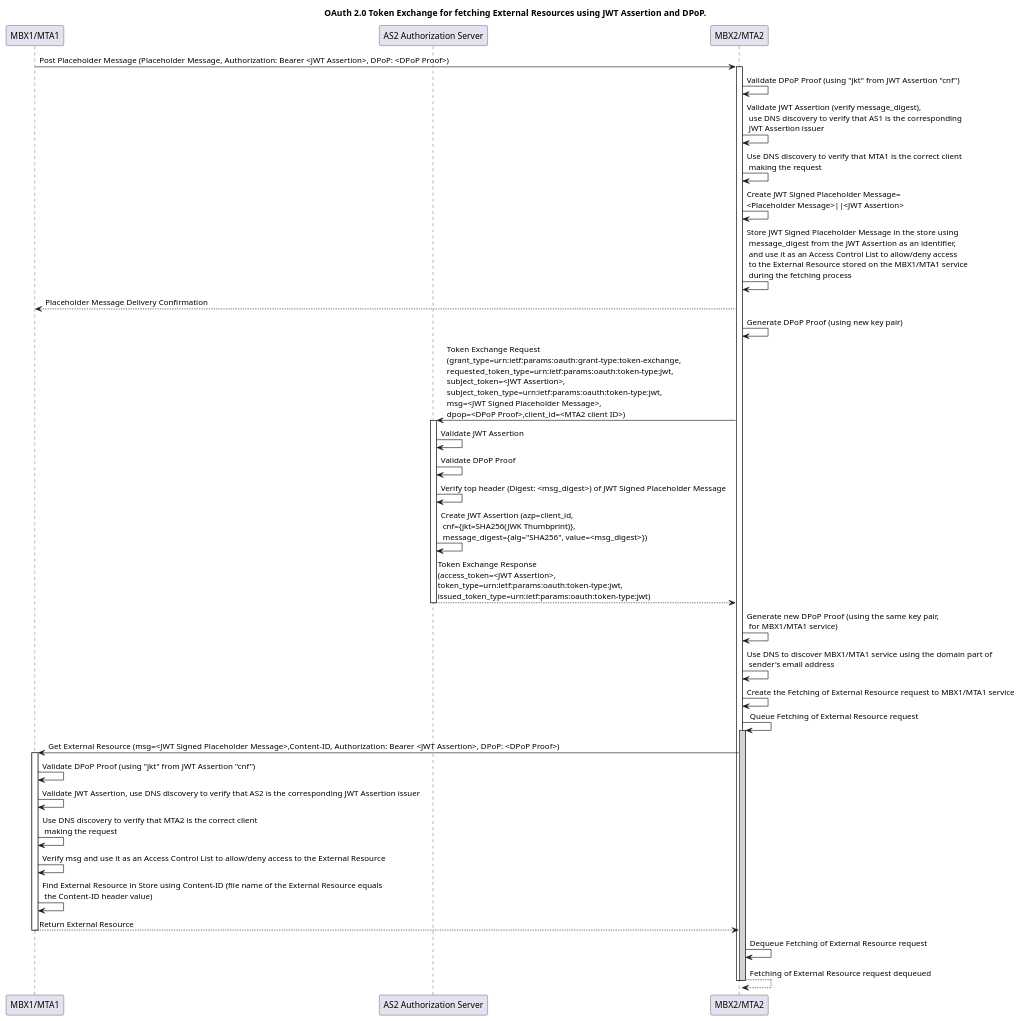
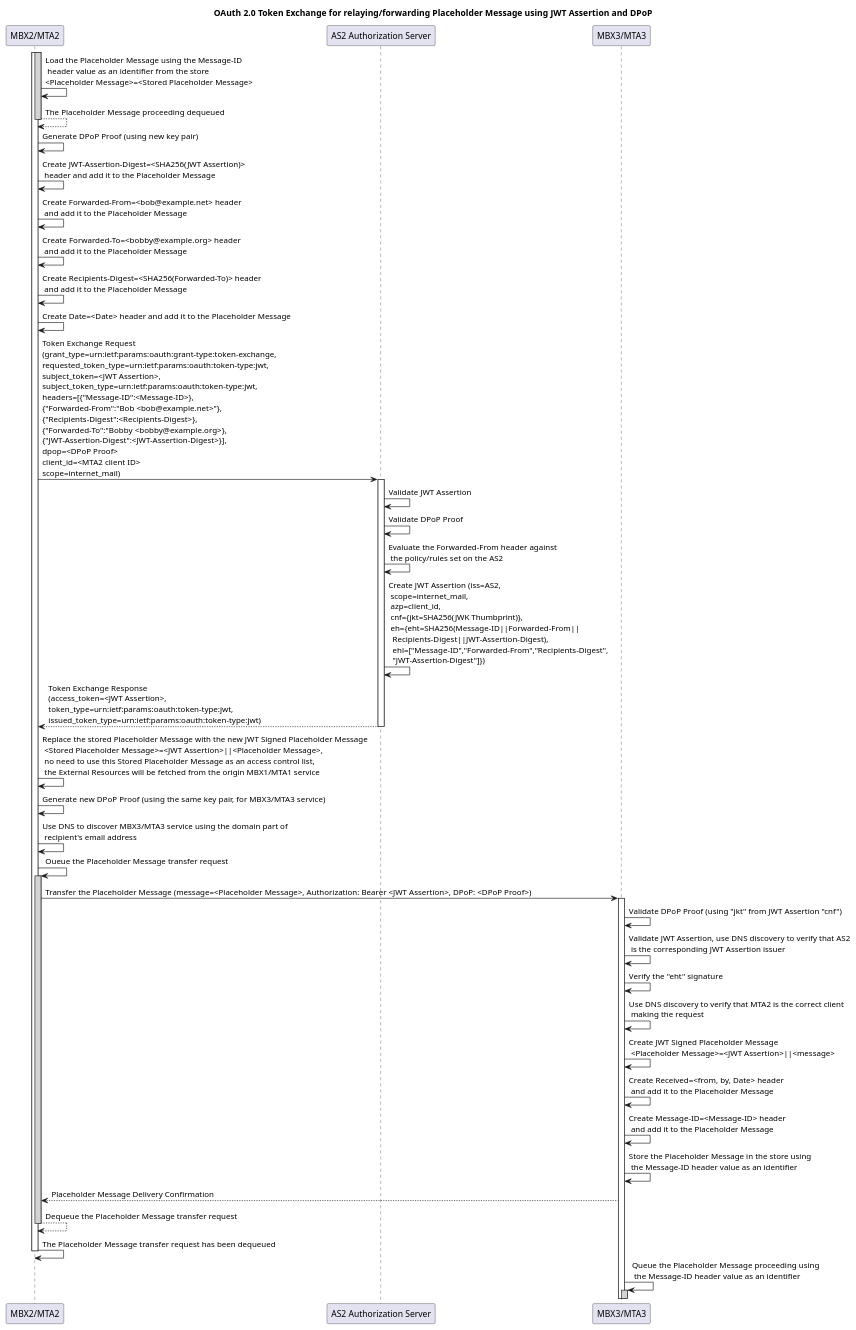
Before and after one commit to federizer/federizer: the third of 4 diagrams in docs/DESCRIPTION.md, drawn with PlantUML. The commit also changed other lines of this file and 2 other files, not shown here.

````diff
--- a/docs/DESCRIPTION.md
+++ b/docs/DESCRIPTION.md
@@ -380,55 +477,66 @@
 ```plantuml
 @startuml
-title OAuth 2.0 Token Exchange for fetching External Resources using JWT Assertion and DPoP.
-participant "MBX1/MTA1" as Entity1
+title OAuth 2.0 Token Exchange for relaying/forwarding Placeholder Message using JWT Assertion and DPoP
+participant "MBX2/MTA2" as Entity2
 participant "AS2 Authorization Server" as AuthServer
-participant "MBX2/MTA2" as Entity2
+participant "MBX3/MTA3" as Entity3
 
-Entity1 -> Entity2: Post Placeholder Message (Placeholder Message, Authorization: Bearer <JWT Assertion>, DPoP: <DPoP Proof>)
 activate Entity2
-
-Entity2 -> Entity2: Validate DPoP Proof (using "jkt" from JWT Assertion "cnf")
-Entity2 -> Entity2: Validate JWT Assertion (verify message_digest),\n use DNS discovery to verify that AS1 is the corresponding\n JWT Assertion issuer
-Entity2 -> Entity2: Use DNS discovery to verify that MTA1 is the correct client\n making the request
-Entity2 -> Entity2: Create JWT Signed Placeholder Message=\n<Placeholder Message>||<JWT Assertion>
-Entity2 -> Entity2: Store JWT Signed Placeholder Message in the store using\n message_digest from the JWT Assertion as an identifier,\n and use it as an Access Control List to allow/deny access\n to the External Resource stored on the MBX1/MTA1 service\n during the fetching process
-Entity2 --> Entity1: Placeholder Message Delivery Confirmation
+activate Entity2 #LightGray
+Entity2 -> Entity2: Load the Placeholder Message using the Message-ID\n header value as an identifier from the store\n<Placeholder Message>=<Stored Placeholder Message>
+Entity2 --> Entity2: The Placeholder Message proceeding dequeued
+deactivate Entity2
 
 Entity2 -> Entity2: Generate DPoP Proof (using new key pair)
+Entity2 -> Entity2: Create JWT-Assertion-Digest=<SHA256(JWT Assertion)>\n header and add it to the Placeholder Message
+Entity2 -> Entity2: Create Forwarded-From=<bob@example.net> header\n and add it to the Placeholder Message
+Entity2 -> Entity2: Create Forwarded-To=<bobby@example.org> header\n and add it to the Placeholder Message
+Entity2 -> Entity2: Create Recipients-Digest=<SHA256(Forwarded-To)> header\n and add it to the Placeholder Message
+Entity2 -> Entity2: Create Date=<Date> header and add it to the Placeholder Message
 
-Entity2 -> AuthServer: Token Exchange Request\n(grant_type=urn:ietf:params:oauth:grant-type:token-exchange,\nrequested_token_type=urn:ietf:params:oauth:token-type:jwt,\nsubject_token=<JWT Assertion>,\nsubject_token_type=urn:ietf:params:oauth:token-type:jwt,\nmsg=<JWT Signed Placeholder Message>,\ndpop=<DPoP Proof>,client_id=<MTA2 client ID>)
+Entity2 -> AuthServer: Token Exchange Request\n(grant_type=urn:ietf:params:oauth:grant-type:token-exchange,\nrequested_token_type=urn:ietf:params:oauth:token-type:jwt,\nsubject_token=<JWT Assertion>,\nsubject_token_type=urn:ietf:params:oauth:token-type:jwt,\nheaders=[{"Message-ID":<Message-ID>},\n{"Forwarded-From":"Bob <bob@example.net>"},\n{"Recipients-Digest":<Recipients-Digest>},\n{"Forwarded-To":"Bobby <bobby@example.org>},\n{"JWT-Assertion-Digest":<JWT-Assertion-Digest>}],\ndpop=<DPoP Proof>\nclient_id=<MTA2 client ID>\nscope=internet_mail)
 activate AuthServer
 
 AuthServer -> AuthServer: Validate JWT Assertion
 AuthServer -> AuthServer: Validate DPoP Proof
-AuthServer -> AuthServer: Verify top header (Digest: <msg_digest>) of JWT Signed Placeholder Message
-AuthServer -> AuthServer: Create JWT Assertion (azp=client_id,\n cnf={jkt=SHA256(JWK Thumbprint)},\n message_digest={alg="SHA256", value=<msg_digest>})
+AuthServer -> AuthServer: Evaluate the Forwarded-From header against\n the policy/rules set on the AS2
+AuthServer -> AuthServer: Create JWT Assertion (iss=AS2,\n scope=internet_mail,\n azp=client_id,\n cnf={jkt=SHA256(JWK Thumbprint)},\n eh={eht=SHA256(Message-ID||Forwarded-From||\n  Recipients-Digest||JWT-Assertion-Digest),\n  ehl=["Message-ID","Forwarded-From","Recipients-Digest",\n  "JWT-Assertion-Digest"]})
 
 AuthServer --> Entity2: Token Exchange Response\n(access_token=<JWT Assertion>,\ntoken_type=urn:ietf:params:oauth:token-type:jwt,\nissued_token_type=urn:ietf:params:oauth:token-type:jwt)
 deactivate AuthServer
 
-Entity2 -> Entity2: Generate new DPoP Proof (using the same key pair,\n for MBX1/MTA1 service)
+Entity2 -> Entity2: Replace the stored Placeholder Message with the new JWT Signed Placeholder Message\n <Stored Placeholder Message>=<JWT Assertion>||<Placeholder Message>,\n no need to use this Stored Placeholder Message as an access control list,\n the External Resources will be fetched from the origin MBX1/MTA1 service
 
-Entity2 -> Entity2: Use DNS to discover MBX1/MTA1 service using the domain part of\n sender's email address
-Entity2 -> Entity2: Create the Fetching of External Resource request to MBX1/MTA1 service
-Entity2 -> Entity2: Queue Fetching of External Resource request
+Entity2 -> Entity2: Generate new DPoP Proof (using the same key pair, for MBX3/MTA3 service)
+
+Entity2 -> Entity2: Use DNS to discover MBX3/MTA3 service using the domain part of\n recipient's email address
+
+Entity2 -> Entity2: Oueue the Placeholder Message transfer request
 activate Entity2 #LightGray
 
-Entity2 -> Entity1: Get External Resource (msg=<JWT Signed Placeholder Message>,Content-ID, Authorization: Bearer <JWT Assertion>, DPoP: <DPoP Proof>)
-activate Entity1
+Entity2 -> Entity3: Transfer the Placeholder Message (message=<Placeholder Message>, Authorization: Bearer <JWT Assertion>, DPoP: <DPoP Proof>)
+activate Entity3
 
-Entity1 -> Entity1: Validate DPoP Proof (using "jkt" from JWT Assertion "cnf")
-Entity1 -> Entity1: Validate JWT Assertion, use DNS discovery to verify that AS2 is the corresponding JWT Assertion issuer
-Entity1 -> Entity1: Use DNS discovery to verify that MTA2 is the correct client\n making the request
-Entity1 -> Entity1: Verify msg and use it as an Access Control List to allow/deny access to the External Resource
-Entity1 -> Entity1: Find External Resource in Store using Content-ID (file name of the External Resource equals\n the Content-ID header value)
-Entity1 --> Entity2: Return External Resource
-deactivate Entity1
-Entity2 -> Entity2: Dequeue Fetching of External Resource request
-Entity2 --> Entity2: Fetching of External Resource request dequeued
+Entity3 -> Entity3: Validate DPoP Proof (using "jkt" from JWT Assertion "cnf")
+Entity3 -> Entity3: Validate JWT Assertion, use DNS discovery to verify that AS2\n is the corresponding JWT Assertion issuer
+Entity3 -> Entity3: Verify the "eht" signature
+Entity3 -> Entity3: Use DNS discovery to verify that MTA2 is the correct client\n making the request
+Entity3 -> Entity3: Create JWT Signed Placeholder Message\n <Placeholder Message>=<JWT Assertion>||<message>
+Entity3 -> Entity3: Create Received=<from, by, Date> header\n and add it to the Placeholder Message
+Entity3 -> Entity3: Create Message-ID=<Message-ID> header\n and add it to the Placeholder Message
+Entity3 -> Entity3: Store the Placeholder Message in the store using\n the Message-ID header value as an identifier
+Entity3 --> Entity2: Placeholder Message Delivery Confirmation
+'deactivate Entity3
+Entity2 --> Entity2: Dequeue the Placeholder Message transfer request
+deactivate Entity2
+Entity2 -> Entity2: The Placeholder Message transfer request has been dequeued
+deactivate Entity2
 
-deactivate Entity2
-deactivate Entity2
+'Entity2 --> Entity1: Placeholder Message Forwarded Confirmation
+'deactivate Entity2
+
+Entity3 -> Entity3: Queue the Placeholder Message proceeding using\n the Message-ID header value as an identifier
+activate Entity3 #LightGray
 
 @enduml
 ```
````
